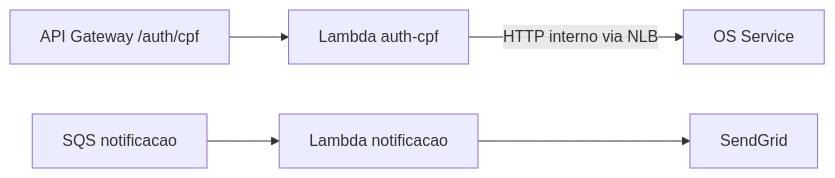
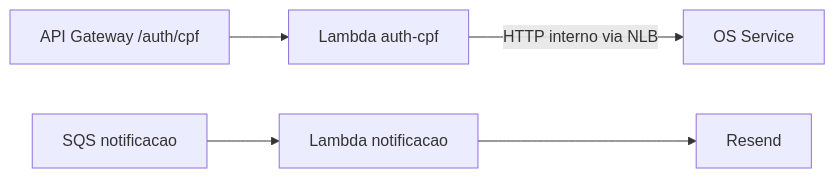
One commit to 7feeh7/tech-challenge-serverless changed the diagram in README.md. Above: the diagram before and after it, drawn with Mermaid. The commit also changed other lines of this file and 12 other files, not shown here.

First line of the commit message:
feat(notificacao): troca o provedor de e-mail do SendGrid pelo Resend

````diff
--- a/README.md
+++ b/README.md
@@ -29,7 +29,7 @@
 ```mermaid
 flowchart LR
     GW[API Gateway /auth/cpf] --> AUTH[Lambda auth-cpf]
     SQS[SQS notificacao] --> NOTIF[Lambda notificacao]
     AUTH -->|HTTP interno via NLB| OS[OS Service]
-    NOTIF --> SG[SendGrid]
+    NOTIF --> SG[Resend]
 ```
````
